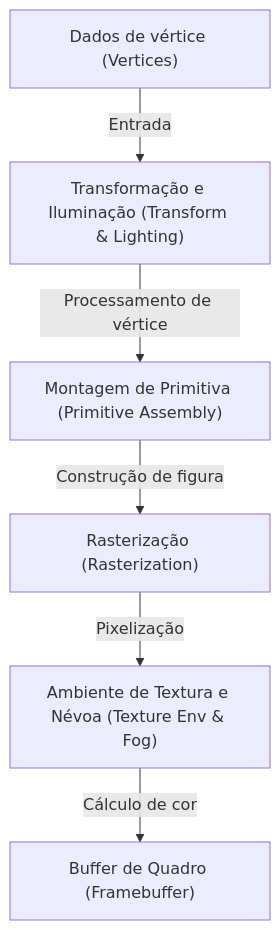
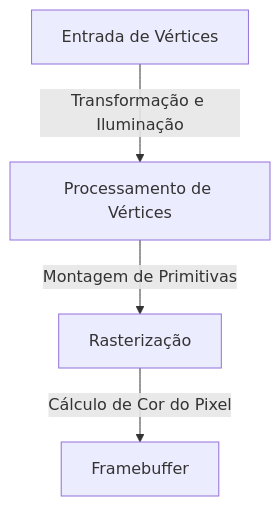
Before and after one commit to kenjinote/blog: the first of 2 diagrams in content/post/opengl-basics-and-history/index.pt.md, drawn with Mermaid. The commit also changed other lines of this file and 129 other files, not shown here.

````diff
--- a/content/post/opengl-basics-and-history/index.pt.md
+++ b/content/post/opengl-basics-and-history/index.pt.md
@@ -41,15 +35,6 @@
 ```mermaid
 graph TD
-    A["Dados de vértice (Vertices)"]
-    B["Transformação e Iluminação (Transform & Lighting)"]
-    C["Montagem de Primitiva (Primitive Assembly)"]
-    D["Rasterização (Rasterization)"]
-    E["Ambiente de Textura e Névoa (Texture Env & Fog)"]
-    F["Buffer de Quadro (Framebuffer)"]
-
-    A -- "Entrada" --> B
-    B -- "Processamento de vértice" --> C
-    C -- "Construção de figura" --> D
-    D -- "Pixelização" --> E
-    E -- "Cálculo de cor" --> F
+    A["Entrada de Vértices"] -- "Transformação e Iluminação" --> B["Processamento de Vértices"]
+    B -- "Montagem de Primitivas" --> C["Rasterização"]
+    C -- "Cálculo de Cor do Pixel" --> D["Framebuffer"]
 ```
````
